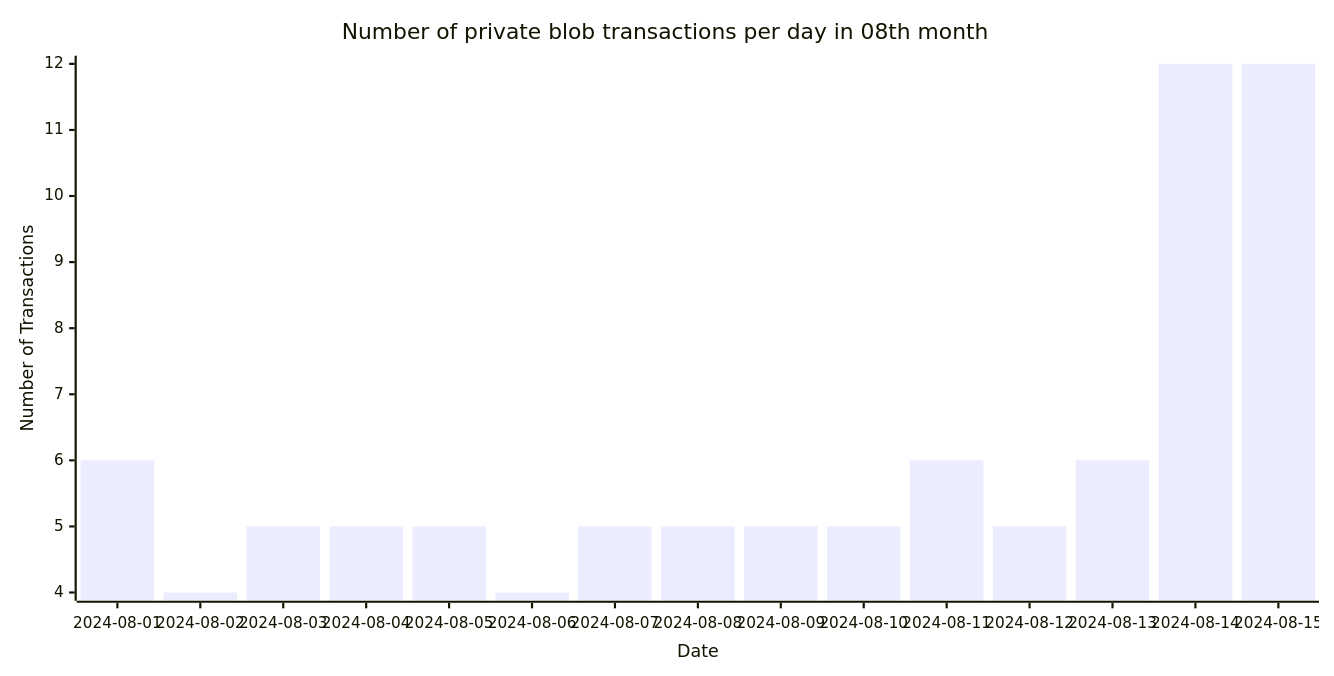
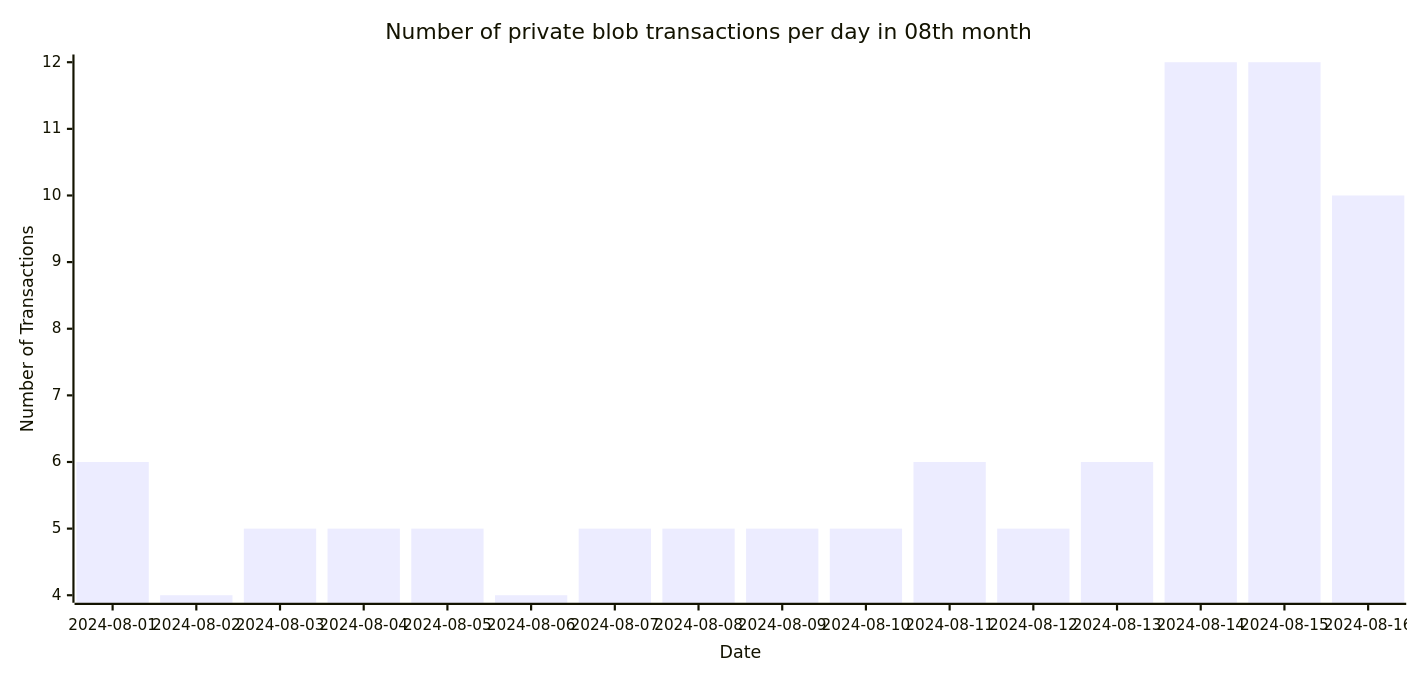
Before and after one commit to Amit0617/eip4844-data: the sixth of 6 diagrams in README.md, drawn with Mermaid. The commit also changed 1 other file, not shown here.

````diff
--- a/README.md
+++ b/README.md
@@ -66,12 +66,12 @@
 ```mermaid
 ---
 config:
     xyChart:
-        width: 1200
+        width: 1280
         height: 600
 ---
 xychart-beta title "Number of private blob transactions per day in 08th month"
-x-axis "Date" [2024-08-01,2024-08-02,2024-08-03,2024-08-04,2024-08-05,2024-08-06,2024-08-07,2024-08-08,2024-08-09,2024-08-10,2024-08-11,2024-08-12,2024-08-13,2024-08-14,2024-08-15]
+x-axis "Date" [2024-08-01,2024-08-02,2024-08-03,2024-08-04,2024-08-05,2024-08-06,2024-08-07,2024-08-08,2024-08-09,2024-08-10,2024-08-11,2024-08-12,2024-08-13,2024-08-14,2024-08-15,2024-08-16]
 y-axis "Number of Transactions"
-bar[6,4,5,5,5,4,5,5,5,5,6,5,6,12,12]
+bar[6,4,5,5,5,4,5,5,5,5,6,5,6,12,12,10]
 ```
````
